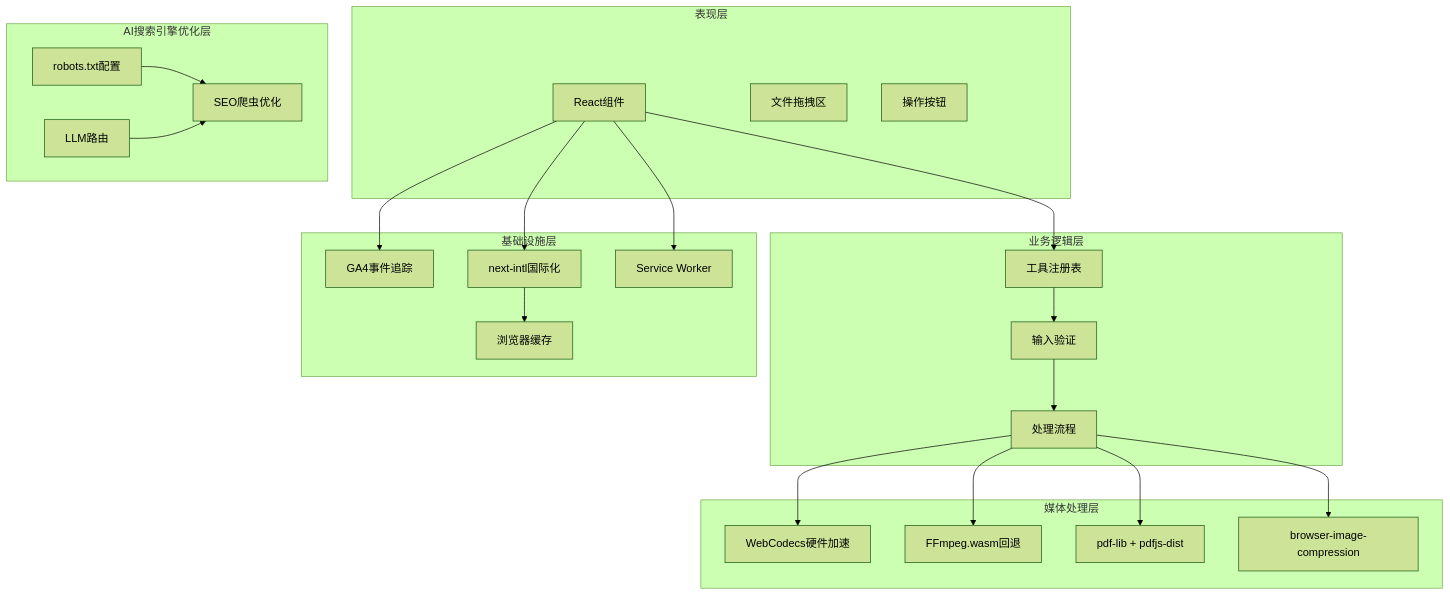
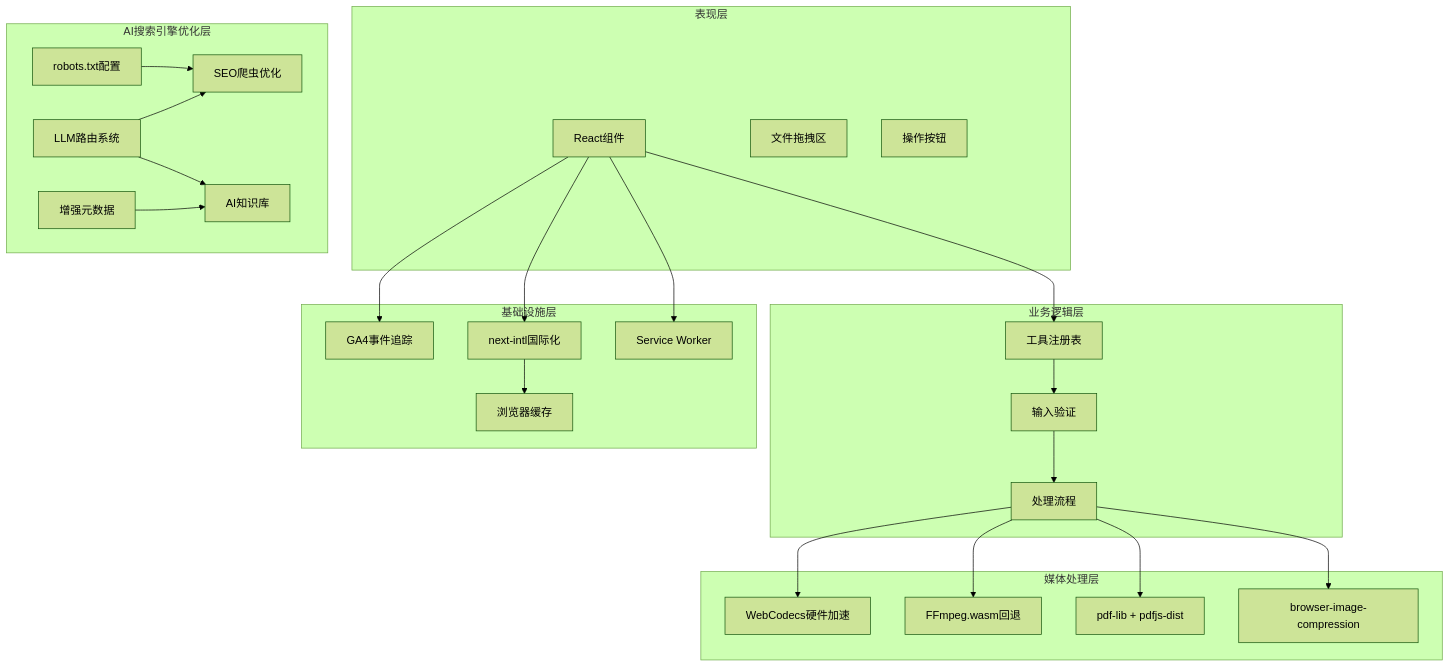
Before and after one commit to sgyy/privadeck: the fourth of 12 diagrams in .qoder/repowiki/zh/content/性能优化/SEO内容交付系统.md, drawn with Mermaid (forest theme). The commit also changed other lines of this file and 3 other files, not shown here.

````diff
--- a/.qoder/repowiki/zh/content/性能优化/SEO内容交付系统.md
+++ b/.qoder/repowiki/zh/content/性能优化/SEO内容交付系统.md
@@ -184,43 +189,47 @@
 ```mermaid
 graph TB
 subgraph "表现层"
 UI[React组件]
 DROPZONE[文件拖拽区]
 BUTTONS[操作按钮]
 end
 subgraph "业务逻辑层"
 REGISTRY[工具注册表]
 VALIDATION[输入验证]
 PROCESSING[处理流程]
 end
 subgraph "媒体处理层"
 WEBCODECS[WebCodecs硬件加速]
 FFMPEG[FFmpeg.wasm回退]
 PDFJS[pdf-lib + pdfjs-dist]
 IMAGE_COMPRESSION[browser-image-compression]
 end
 subgraph "基础设施层"
 ANALYTICS[GA4事件追踪]
 I18N[next-intl国际化]
 CACHE[浏览器缓存]
 SW[Service Worker]
 end
 subgraph "AI搜索引擎优化层"
 ROBOTS_TXT[robots.txt配置]
-LLM_ROUTES[LLM路由]
+LLM_ROUTES[LLM路由系统]
 SEO_CRAWLERS[SEO爬虫优化]
+AI_KNOWLEDGE_BASE[AI知识库]
+ENHANCED_METADATA[增强元数据]
 end
 UI --> REGISTRY
 REGISTRY --> VALIDATION
 VALIDATION --> PROCESSING
 PROCESSING --> WEBCODECS
 PROCESSING --> FFMPEG
 PROCESSING --> PDFJS
 PROCESSING --> IMAGE_COMPRESSION
 UI --> ANALYTICS
 UI --> I18N
 I18N --> CACHE
 UI --> SW
 ROBOTS_TXT --> SEO_CRAWLERS
 LLM_ROUTES --> SEO_CRAWLERS
+LLM_ROUTES --> AI_KNOWLEDGE_BASE
+ENHANCED_METADATA --> AI_KNOWLEDGE_BASE
 ```
````
